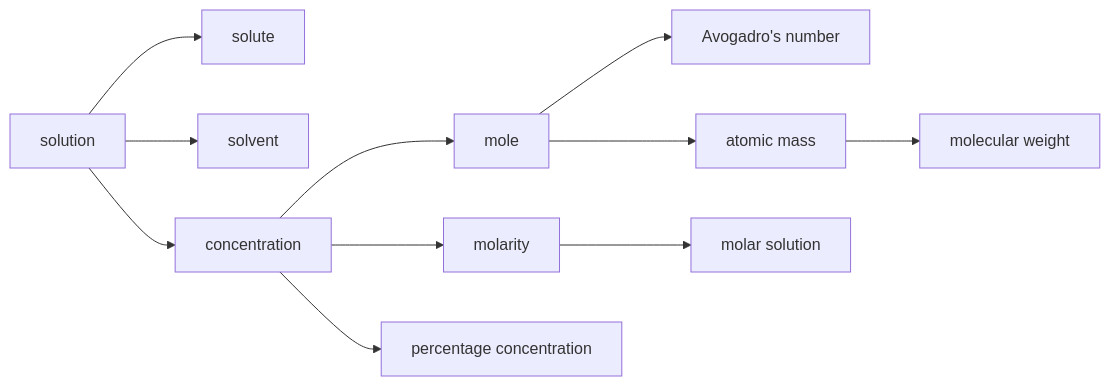
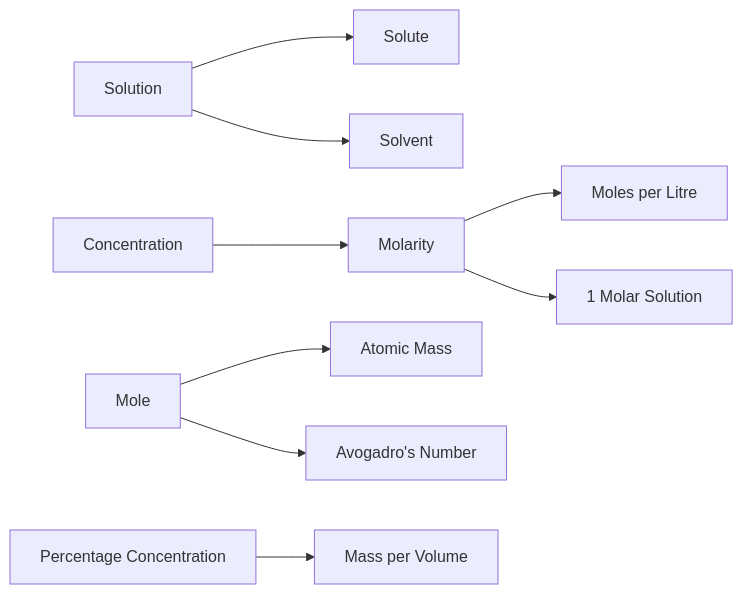
One commit to shosho-chang/nakama changed the seventh of 13 diagrams in tests/fixtures/golden/bse-ch3-expected/bse-ch3.md. Above: the diagram before and after it, drawn with Mermaid. The commit also changed other lines of this file and 150 other files, not shown here.

````diff
--- a/tests/fixtures/golden/bse-ch3-expected/bse-ch3.md
+++ b/tests/fixtures/golden/bse-ch3-expected/bse-ch3.md
@@ -1037,13 +1039,11 @@
 ```mermaid
 flowchart LR
-  A[solution] --> B[solute]
-  A --> C[solvent]
-  A --> D[concentration]
-  D --> E[mole]
-  E --> F[Avogadro's number]
-  D --> G[molarity]
-  G --> H[molar solution]
-  D --> I[percentage concentration]
-  E --> J[atomic mass]
-  J --> K[molecular weight]
+  Solution --> Solute
+  Solution --> Solvent
+  Concentration --> Molarity
+  Molarity --> MolesPerLitre[Moles per Litre]
+  Mole --> AtomicMass[Atomic Mass]
+  Mole --> AvogadrosNumber[Avogadro's Number]
+  Molarity --> OneMolar[1 Molar Solution]
+  PercentageConcentration[Percentage Concentration] --> MassPerVolume[Mass per Volume]
 ```
````
